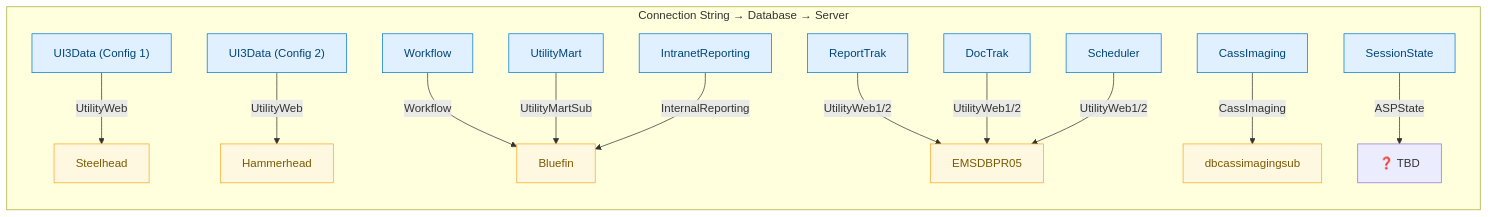
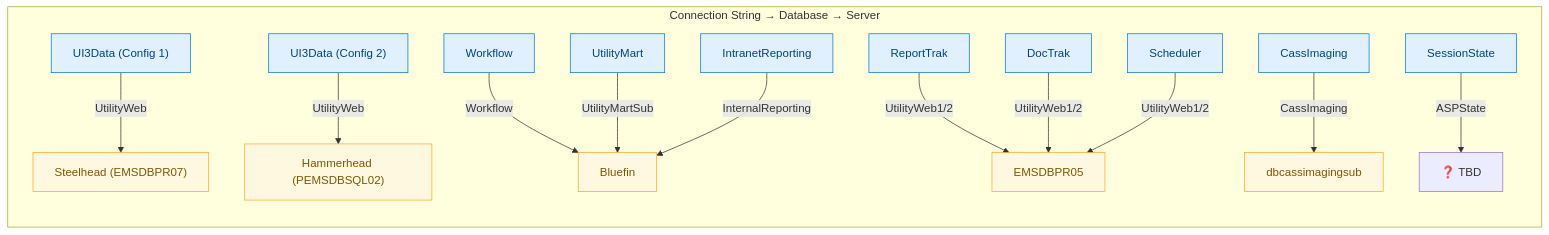
The second of 6 diagrams in Documents/Technical/diagrams/expensesmart-v1-architecture.md (lcassin/Scheduler_Platform), drawn with Mermaid before and after one commit. The commit also changed other lines of this file and 1 other file, not shown here.

Commit message:
docs: Update Steelhead=EMSDBPR07, Hammerhead=PEMSDBSQL02 server name mappings

````diff
--- a/Documents/Technical/diagrams/expensesmart-v1-architecture.md
+++ b/Documents/Technical/diagrams/expensesmart-v1-architecture.md
@@ -241,21 +241,21 @@
 ```mermaid
 graph LR
     classDef conn fill:#E1F0FF,stroke:#0078D4,color:#004578
     classDef server fill:#FFF8E1,stroke:#F9A825,color:#7A5900
 
     subgraph CONNECTIONS["Connection String → Database → Server"]
-        UI3_1["UI3Data (Config 1)"] -->|"UtilityWeb"| Steelhead
-        UI3_2["UI3Data (Config 2)"] -->|"UtilityWeb"| Hammerhead
+        UI3_1["UI3Data (Config 1)"] -->|"UtilityWeb"| Steelhead["Steelhead (EMSDBPR07)"]
+        UI3_2["UI3Data (Config 2)"] -->|"UtilityWeb"| Hammerhead["Hammerhead (PEMSDBSQL02)"]
         WF["Workflow"] -->|"Workflow"| Bluefin
         RT["ReportTrak"] -->|"UtilityWeb1/2"| EMSDBPR05
         DT["DocTrak"] -->|"UtilityWeb1/2"| EMSDBPR05
         SCHED["Scheduler"] -->|"UtilityWeb1/2"| EMSDBPR05
         CI["CassImaging"] -->|"CassImaging"| dbcassimagingsub
         UM["UtilityMart"] -->|"UtilityMartSub"| Bluefin
         IR["IntranetReporting"] -->|"InternalReporting"| Bluefin
         SS["SessionState"] -->|"ASPState"| TBD["❓ TBD"]
     end
 
     class UI3_1,UI3_2,WF,RT,DT,SCHED,CI,UM,IR,SS conn
     class Steelhead,Hammerhead,Bluefin,EMSDBPR05,dbcassimagingsub server
 ```
````
